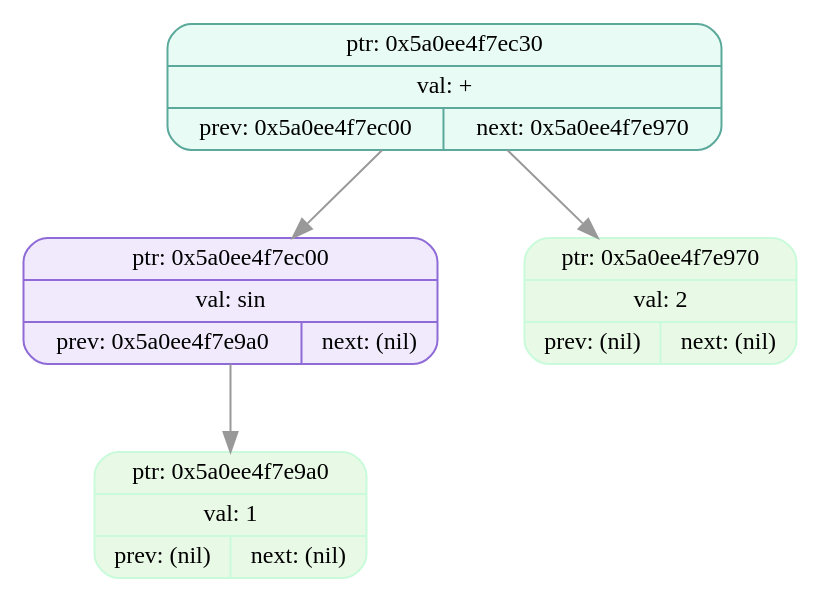
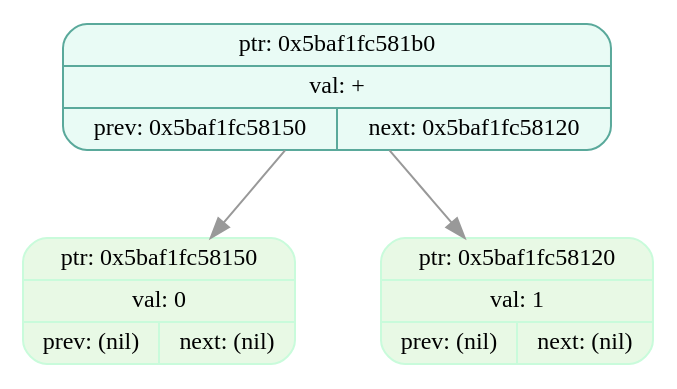
Before and after one commit to EvilTomato9890/Difference: the diagram in dumps/tree_dump_007.dot, drawn with Graphviz. The commit also changed 46 other files, not shown here.

```diff
--- a/dumps/tree_dump_007.dot
+++ b/dumps/tree_dump_007.dot
@@ -1,11 +1,9 @@
 digraph T{
   node [fontname="Fira Mono",shape=record,style="filled,rounded",fontsize=12];
   graph [splines=true, nodesep=0.6, ranksep=0.6];
-  node_0x5a0ee4f7ec30[shape=record,label="{ {ptr: 0x5a0ee4f7ec30} | {val: +} | { prev: 0x5a0ee4f7ec00 | next: 0x5a0ee4f7e970 } }",color="#5aa99b",fillcolor="#e9fbf5"];
-  node_0x5a0ee4f7ec00[shape=record,label="{ {ptr: 0x5a0ee4f7ec00} | {val: sin} | { prev: 0x5a0ee4f7e9a0 | next: (nil) } }",color="#8e6bd6",fillcolor="#f1eafd"];
-  node_0x5a0ee4f7e9a0[shape=record,label="{ {ptr: 0x5a0ee4f7e9a0} | {val: 1} | { prev: (nil) | next: (nil) } }",color="#c9fbdbff",fillcolor="#e8f9e5ff"];
-  node_0x5a0ee4f7e970[shape=record,label="{ {ptr: 0x5a0ee4f7e970} | {val: 2} | { prev: (nil) | next: (nil) } }",color="#c9fbdbff",fillcolor="#e8f9e5ff"];
-  node_0x5a0ee4f7ec30 -> node_0x5a0ee4f7ec00 [color="#999999"];
-  node_0x5a0ee4f7ec30 -> node_0x5a0ee4f7e970 [color="#999999"];
-  node_0x5a0ee4f7ec00 -> node_0x5a0ee4f7e9a0 [color="#999999"];
+  node_0x5baf1fc581b0[shape=record,label="{ {ptr: 0x5baf1fc581b0} | {val: +} | { prev: 0x5baf1fc58150 | next: 0x5baf1fc58120 } }",color="#5aa99b",fillcolor="#e9fbf5"];
+  node_0x5baf1fc58150[shape=record,label="{ {ptr: 0x5baf1fc58150} | {val: 0} | { prev: (nil) | next: (nil) } }",color="#c9fbdbff",fillcolor="#e8f9e5ff"];
+  node_0x5baf1fc58120[shape=record,label="{ {ptr: 0x5baf1fc58120} | {val: 1} | { prev: (nil) | next: (nil) } }",color="#c9fbdbff",fillcolor="#e8f9e5ff"];
+  node_0x5baf1fc581b0 -> node_0x5baf1fc58150 [color="#999999"];
+  node_0x5baf1fc581b0 -> node_0x5baf1fc58120 [color="#999999"];
 }
```
